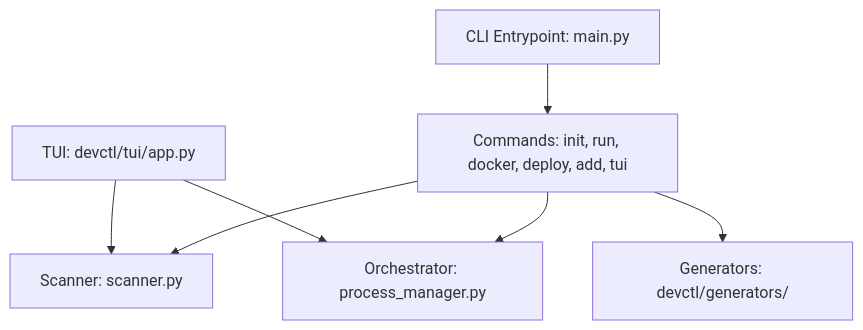
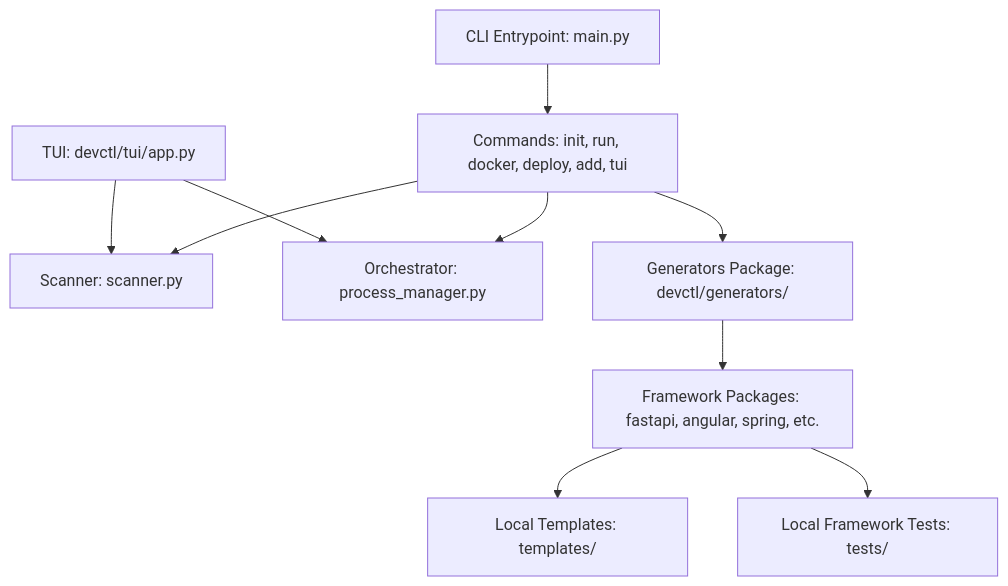
The diagram in ARCHITECTURE.md (ind4x/devctl), drawn with Mermaid before and after one commit. The commit also changed other lines of this file and 156 other files, not shown here.

Commit message:
refactor(generators): modularize framework generators, standardize Jinja2 templates, and co-locate tests (fixes #17) (#34)

````diff
--- a/ARCHITECTURE.md
+++ b/ARCHITECTURE.md
@@ -17,9 +17,12 @@
 ```mermaid
 graph TD
     CLI[CLI Entrypoint: main.py] --> CmdGroups[Commands: init, run, docker, deploy, add, tui]
     CmdGroups --> Scanner[Scanner: scanner.py]
     CmdGroups --> ProcessMgr[Orchestrator: process_manager.py]
-    CmdGroups --> Generators[Generators: devctl/generators/]
+    CmdGroups --> Generators[Generators Package: devctl/generators/]
+    Generators --> FrameworkPackages[Framework Packages: fastapi, angular, spring, etc.]
+    FrameworkPackages --> Templates[Local Templates: templates/]
+    FrameworkPackages --> UnitTests[Local Framework Tests: tests/]
     TUI[TUI: devctl/tui/app.py] --> ProcessMgr
     TUI --> Scanner
 ```
````
